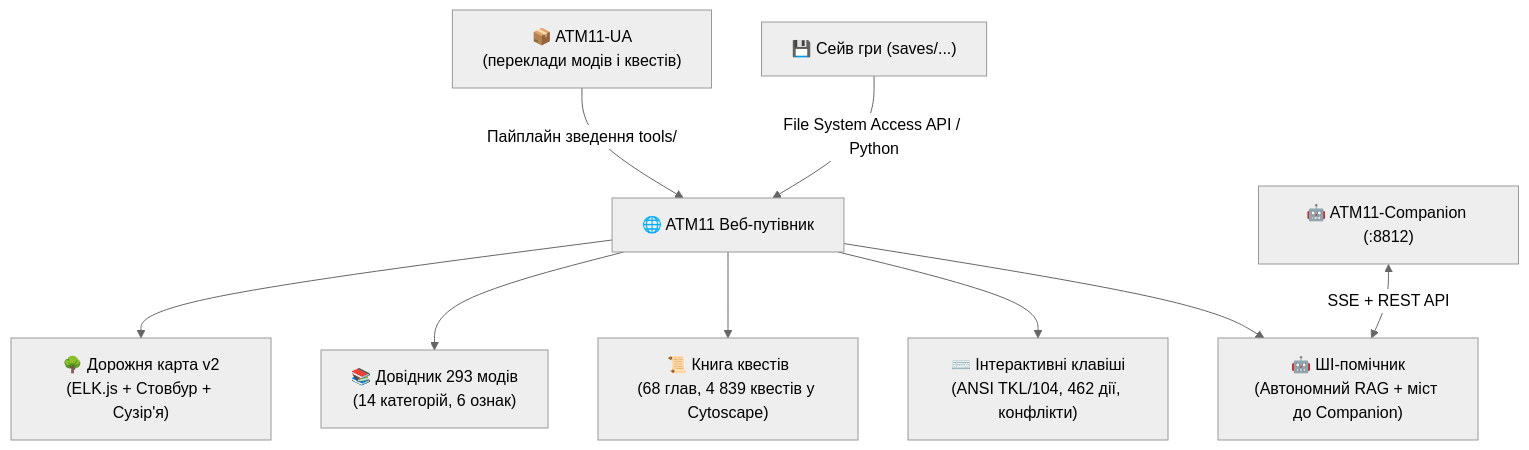
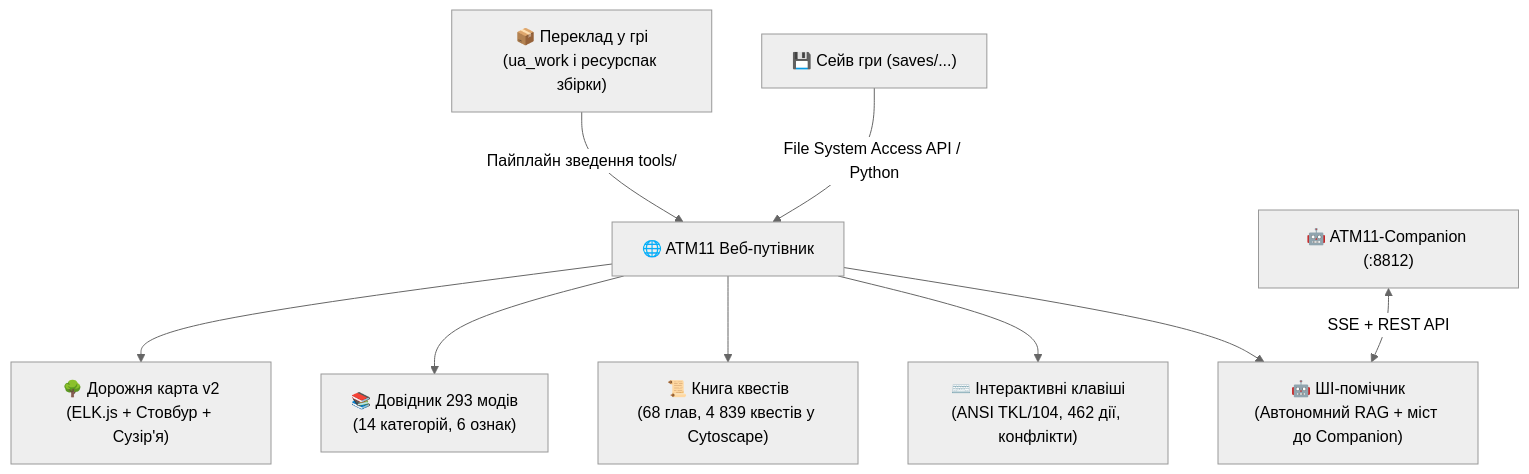
One commit to Shchensnevych/atm11_guide changed the diagram in README.md. Above: the diagram before and after it, drawn with Mermaid (neutral theme). The commit also changed other lines of this file and 31 other files, not shown here.

````diff
--- a/README.md
+++ b/README.md
@@ -18,13 +17,13 @@
 ```mermaid
 flowchart TD
-    Pack["📦 ATM11-UA<br/>(переклади модів і квестів)"] -->|Пайплайн зведення tools/| Guide["🌐 ATM11 Веб-путівник"]
+    Pack["📦 Переклад у грі<br/>(ua_work і ресурспак збірки)"] -->|Пайплайн зведення tools/| Guide["🌐 ATM11 Веб-путівник"]
     Save["💾 Сейв гри (saves/...)"] -->|File System Access API / Python| Guide
 
     Guide --> RM["🌳 Дорожня карта v2<br/>(ELK.js + Стовбур + Сузір'я)"]
     Guide --> MD["📚 Довідник 293 модів<br/>(14 категорій, 6 ознак)"]
     Guide --> QB["📜 Книга квестів<br/>(68 глав, 4 839 квестів у Cytoscape)"]
     Guide --> KB["⌨️ Інтерактивні клавіші<br/>(ANSI TKL/104, 462 дії, конфлікти)"]
     Guide --> AS["🤖 ШІ-помічник<br/>(Автономний RAG + міст до Companion)"]
 
     Companion["🤖 ATM11-Companion (:8812)"] <-->|SSE + REST API| AS
 ```
````
